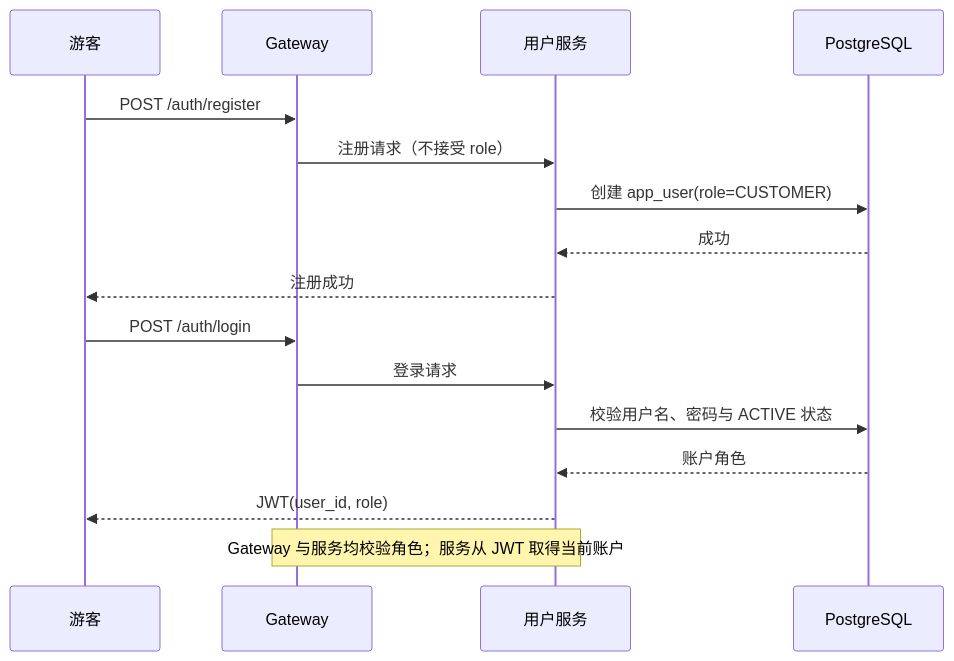
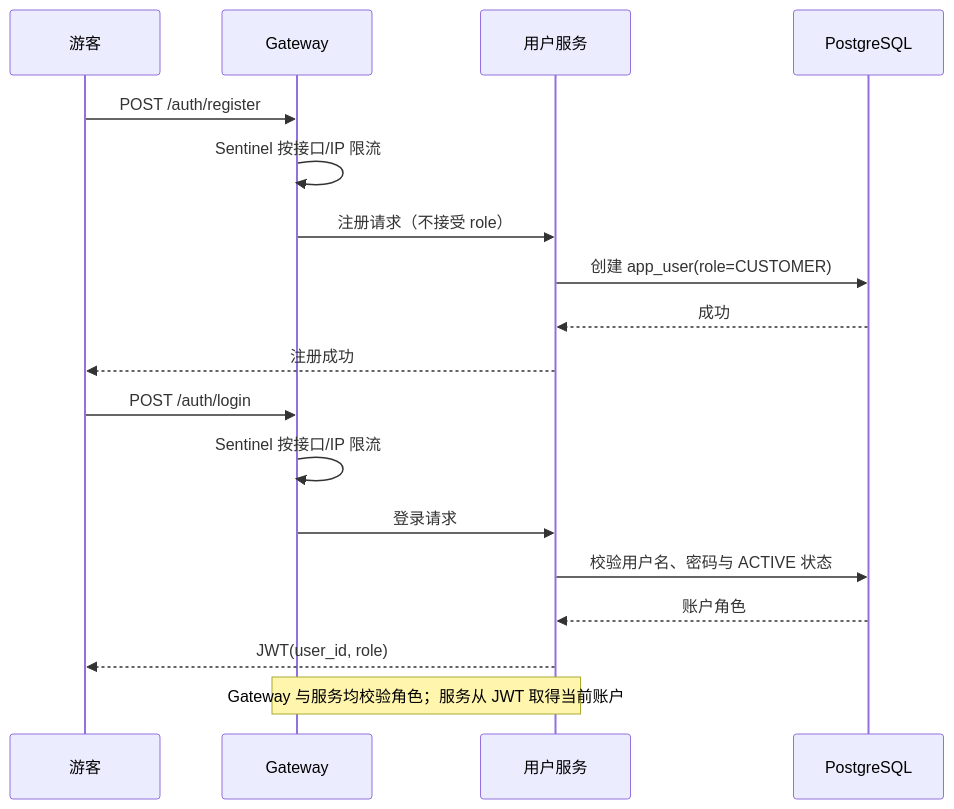
Before and after one commit to NyaRu-Kiss/FlashSale: the first of 9 diagrams in docs/sequence-design.md, drawn with Mermaid. The commit also changed other lines of this file and 3 other files, not shown here.

Commit message:
docs: 关键流程时序图: 补充读缓存, 延时双删, 活动缓存预热 技术约束: 添加缓存部分

````diff
--- a/docs/sequence-design.md
+++ b/docs/sequence-design.md
@@ -5,21 +5,23 @@
 ```mermaid
 sequenceDiagram
     participant Guest as 游客
     participant Gateway as Gateway
     participant Auth as 用户服务
     participant DB as PostgreSQL
 
     Guest->>Gateway: POST /auth/register
+    Gateway->>Gateway: Sentinel 按接口/IP 限流
     Gateway->>Auth: 注册请求（不接受 role）
     Auth->>DB: 创建 app_user(role=CUSTOMER)
     DB-->>Auth: 成功
     Auth-->>Guest: 注册成功
 
     Guest->>Gateway: POST /auth/login
+    Gateway->>Gateway: Sentinel 按接口/IP 限流
     Gateway->>Auth: 登录请求
     Auth->>DB: 校验用户名、密码与 ACTIVE 状态
     DB-->>Auth: 账户角色
     Auth-->>Guest: JWT(user_id, role)
 
     Note over Gateway,Auth: Gateway 与服务均校验角色；服务从 JWT 取得当前账户
 ```
````
